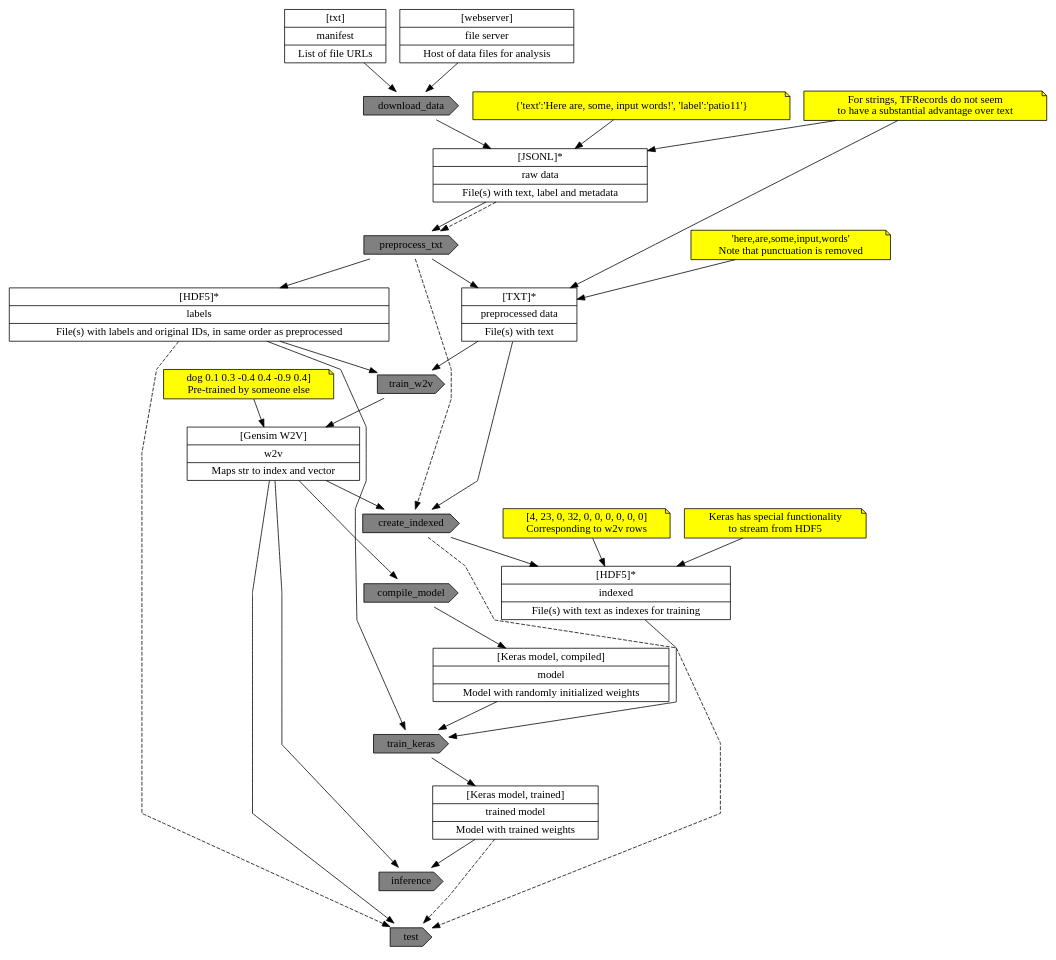
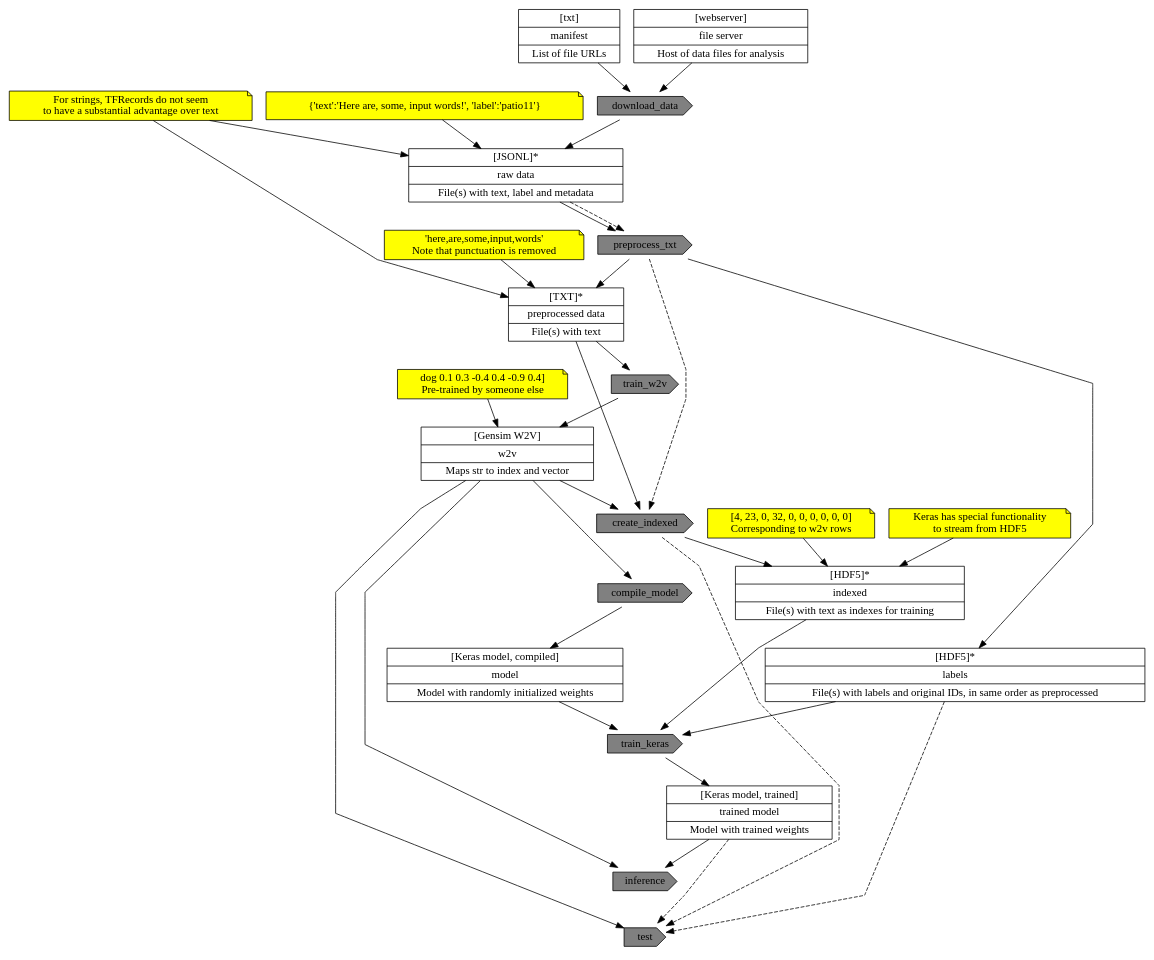
Before and after one commit to matthewwritter/keras_sandbox01: the diagram in simple_keras.dot, drawn with Graphviz. The commit also changed 7 other files, not shown here.

```diff
--- a/simple_keras.dot
+++ b/simple_keras.dot
@@ -1,46 +1,47 @@
 digraph G {
 splines=polyline
 node [shape=cds style=filled fillcolor=gray]
 
 # Main flow
 download_data -> preprocess_txt -> train_w2v -> create_indexed -> compile_model -> train_keras -> inference -> test [weight=100 style="invis"]
 
 
 
 # w2v wants list of prestrings
 
 node [shape=record fillcolor=white]
 manifest [label="{[txt]|manifest|List of file URLs}"]
 server [label="{[webserver]|file server|Host of data files for analysis}"]
 downloaded [label="{[JSONL]*|raw data|File(s) with text, label and metadata}"]
 preprocessed [label="{[TXT]*|preprocessed data|File(s) with text}"]
 labels [label="{[HDF5]*|labels|File(s) with labels and original IDs, in same order as preprocessed}"]
 w2v [label="{[Gensim W2V]|w2v|Maps str to index and vector}"]
 indexed [label="{[HDF5]*|indexed|File(s) with text as indexes for training}"]
 model [label="{[Keras model, compiled]|model|Model with randomly initialized weights}"]
 model_trained [label="{[Keras model, trained]|trained model|Model with trained weights}"]
 
-{manifest server} -> download_data -> downloaded -> preprocess_txt -> {preprocessed labels} -> train_w2v -> w2v -> create_indexed -> indexed [weight=50]
+{manifest server} -> download_data -> downloaded -> preprocess_txt -> preprocessed -> train_w2v -> w2v -> create_indexed -> indexed [weight=50]
 compile_model -> model
+preprocess_txt -> labels
 w2v -> {compile_model inference test }
 {indexed labels model} -> train_keras -> model_trained -> inference
 preprocessed -> create_indexed
 
 node [shape=note style=filled fillcolor=yellow]
 note01 [label="For strings, TFRecords do not seem\nto have a substantial advantage over text"]
 #note02 [label="'Here are input words'"]
 note02 [label="{'text':'Here are, some, input words!', 'label':'patio11'}"]
 note03 [label="'here,are,some,input,words'\nNote that punctuation is removed"]
 note04 [label="[4, 23, 0, 32, 0, 0, 0, 0, 0, 0]\nCorresponding to w2v rows"]
 note05 [label="Keras has special functionality\nto stream from HDF5"]
 note06 [label="dog 0.1 0.3 -0.4 0.4 -0.9 0.4]\nPre-trained by someone else"]
 {note01 note02} -> downloaded
 {note01 note03} -> preprocessed
 {note04 note05} -> indexed
 note06 -> w2v
 
 
 # {node [shape=cds style=dotted color=black] preprocess_txt_dotted create_indexed_dotted}
 downloaded -> preprocess_txt -> create_indexed -> test [style=dashed weight=1]
 {model_trained, labels} -> test [style=dashed weight=1]
 }
```
